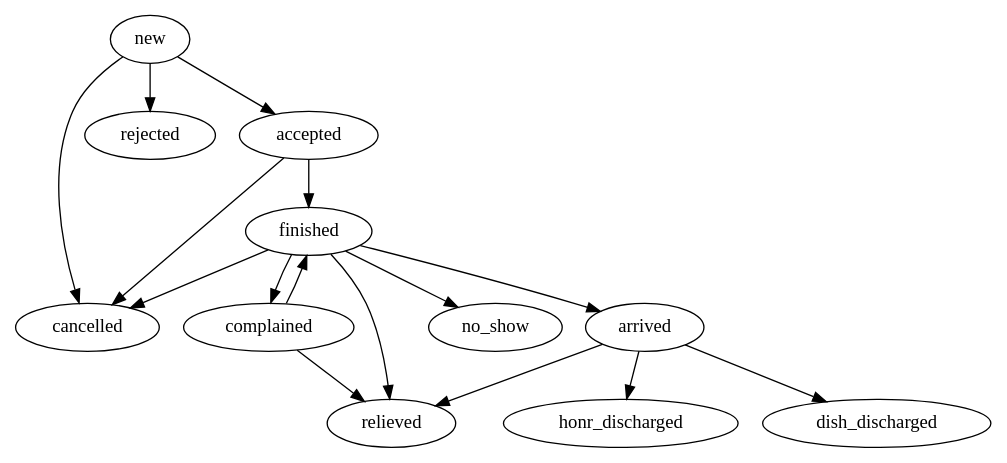
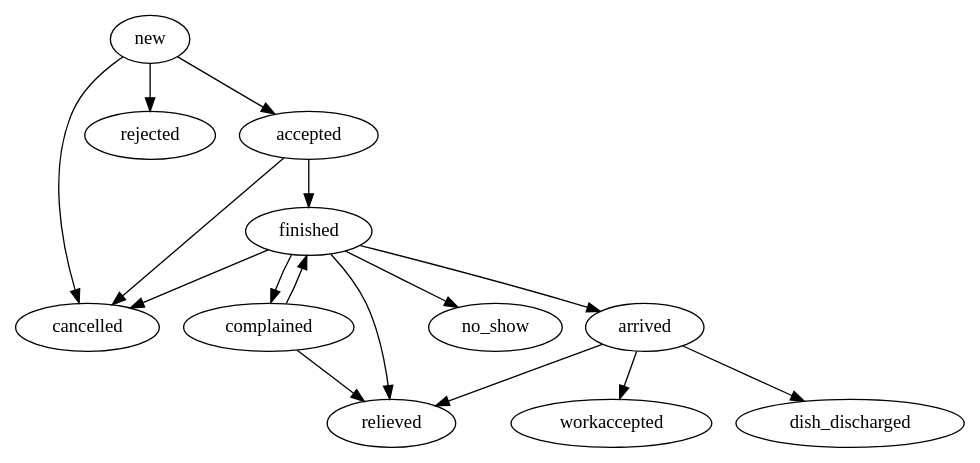
Before and after one commit to con2/kompassi: the diagram in labour/docs/states.dot, drawn with Graphviz. The commit also changed 10 other files, not shown here.

```diff
--- a/labour/docs/states.dot
+++ b/labour/docs/states.dot
@@ -1,21 +1,21 @@
 digraph "states" {
     new -> accepted;
     new -> rejected;
     new -> cancelled;
 
     accepted -> finished;
     accepted -> cancelled;
 
     finished -> complained;
     finished -> cancelled;
     finished -> arrived;
     finished -> no_show;
     finished -> relieved;
 
     complained -> finished;
     complained -> relieved;
     
-    arrived -> honr_discharged;
+    arrived -> workaccepted;
     arrived -> dish_discharged;
     arrived -> relieved;
 }
```
